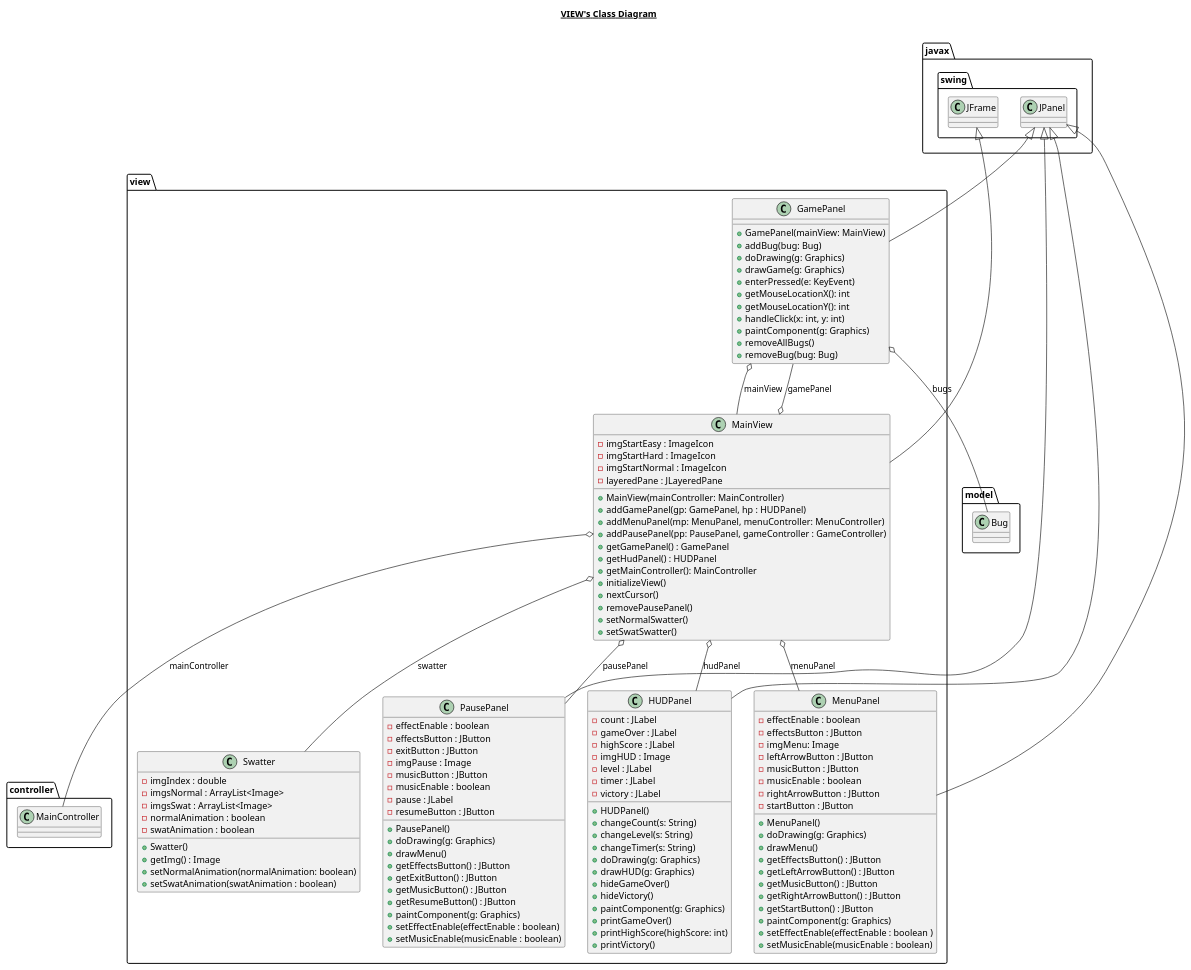
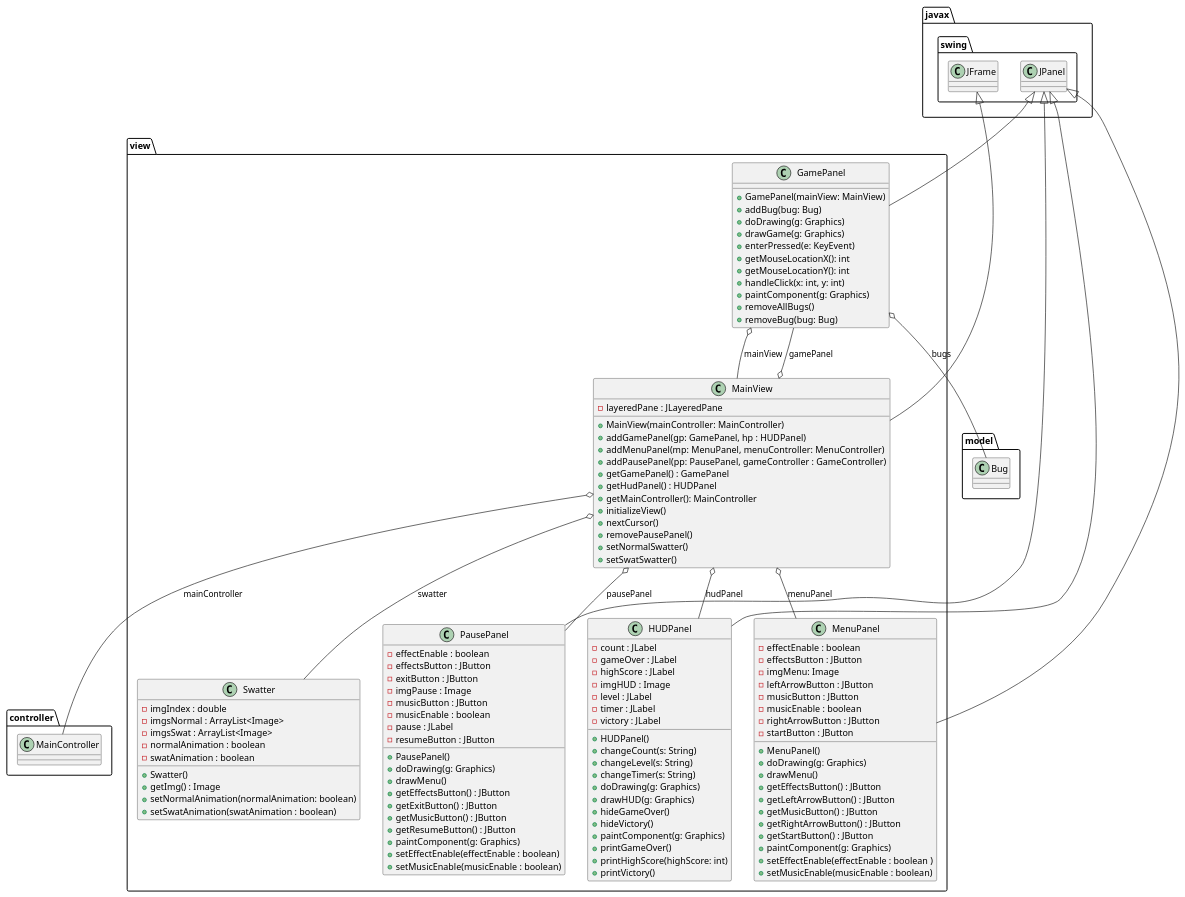
The diagram in out/production/JFlySwatter/view/view.plantuml (lcintini/JFlySwatter), drawn with PlantUML before and after one commit. The commit also changed 10 other files, not shown here.

Commit message:
correzione ulteriore uml

```diff
--- a/out/production/JFlySwatter/view/view.plantuml
+++ b/out/production/JFlySwatter/view/view.plantuml
@@ -1,149 +1,146 @@
 @startuml
 
-title __VIEW's Class Diagram__\n
+
 
   namespace view {
       class view.GamePanel {
           + GamePanel(mainView: MainView)
           + addBug(bug: Bug)
           + doDrawing(g: Graphics)
           + drawGame(g: Graphics)
           + enterPressed(e: KeyEvent)
           + getMouseLocationX(): int
           + getMouseLocationY(): int
           + handleClick(x: int, y: int)
           + paintComponent(g: Graphics)
           + removeAllBugs()
           + removeBug(bug: Bug)
       }
     }
   
 
   namespace view {
       class view.HUDPanel {
           - count : JLabel
           - gameOver : JLabel
           - highScore : JLabel
           - imgHUD : Image
           - level : JLabel
           - timer : JLabel
           - victory : JLabel
           + HUDPanel()
           + changeCount(s: String)
           + changeLevel(s: String)
           + changeTimer(s: String)
           + doDrawing(g: Graphics)
           + drawHUD(g: Graphics)
           + hideGameOver()
           + hideVictory()
           + paintComponent(g: Graphics)
           + printGameOver()
           + printHighScore(highScore: int)
           + printVictory()
       }
     }
   
 
  namespace view {
       class view.MainView {
-          - imgStartEasy : ImageIcon
-          - imgStartHard : ImageIcon
-          - imgStartNormal : ImageIcon
           - layeredPane : JLayeredPane
           + MainView(mainController: MainController)
           + addGamePanel(gp: GamePanel, hp : HUDPanel)
           + addMenuPanel(mp: MenuPanel, menuController: MenuController)
           + addPausePanel(pp: PausePanel, gameController : GameController)
           + getGamePanel() : GamePanel
           + getHudPanel() : HUDPanel
           + getMainController(): MainController
           + initializeView()
           + nextCursor()
           + removePausePanel()
           + setNormalSwatter()
           + setSwatSwatter()
       }
     }
   
 
   namespace view {
       class view.MenuPanel {
           - effectEnable : boolean
           - effectsButton : JButton
           - imgMenu: Image
           - leftArrowButton : JButton
           - musicButton : JButton
           - musicEnable : boolean
           - rightArrowButton : JButton
           - startButton : JButton
           + MenuPanel()
           + doDrawing(g: Graphics)
           + drawMenu()
           + getEffectsButton() : JButton
           + getLeftArrowButton() : JButton
           + getMusicButton() : JButton
           + getRightArrowButton() : JButton
           + getStartButton() : JButton
           + paintComponent(g: Graphics)
           + setEffectEnable(effectEnable : boolean )
           + setMusicEnable(musicEnable : boolean)
       }
     }
   
 
   namespace view {
       class view.PausePanel {
           - effectEnable : boolean
           - effectsButton : JButton
           - exitButton : JButton
           - imgPause : Image
           - musicButton : JButton
           - musicEnable : boolean
           - pause : JLabel
           - resumeButton : JButton
           + PausePanel()
           + doDrawing(g: Graphics)
           + drawMenu()
           + getEffectsButton() : JButton
           + getExitButton() : JButton
           + getMusicButton() : JButton
           + getResumeButton() : JButton
           + paintComponent(g: Graphics)
           + setEffectEnable(effectEnable : boolean)
           + setMusicEnable(musicEnable : boolean)
       }
     }
   
 
   namespace view {
       class view.Swatter {
           - imgIndex : double
           - imgsNormal : ArrayList<Image>
           - imgsSwat : ArrayList<Image>
           - normalAnimation : boolean
           - swatAnimation : boolean
           + Swatter()
           + getImg() : Image
           + setNormalAnimation(normalAnimation: boolean)
           + setSwatAnimation(swatAnimation : boolean)
       }
     }
   
 
   view.GamePanel -up-|> javax.swing.JPanel
   view.GamePanel o-- view.MainView : mainView
   view.HUDPanel -up-|> javax.swing.JPanel
   view.MainView -up-|> javax.swing.JFrame
   view.MainView o-- view.GamePanel : gamePanel
   view.MainView o-- view.HUDPanel : hudPanel
   view.MainView o-- controller.MainController : mainController
   view.MainView o-- view.MenuPanel : menuPanel
   view.MainView o-- view.PausePanel : pausePanel
   view.MainView o-- view.Swatter : swatter
   view.MenuPanel -up-|> javax.swing.JPanel
   view.PausePanel -up-|> javax.swing.JPanel
     view.GamePanel o-- model.Bug : bugs
 
 
 
 @enduml
```
